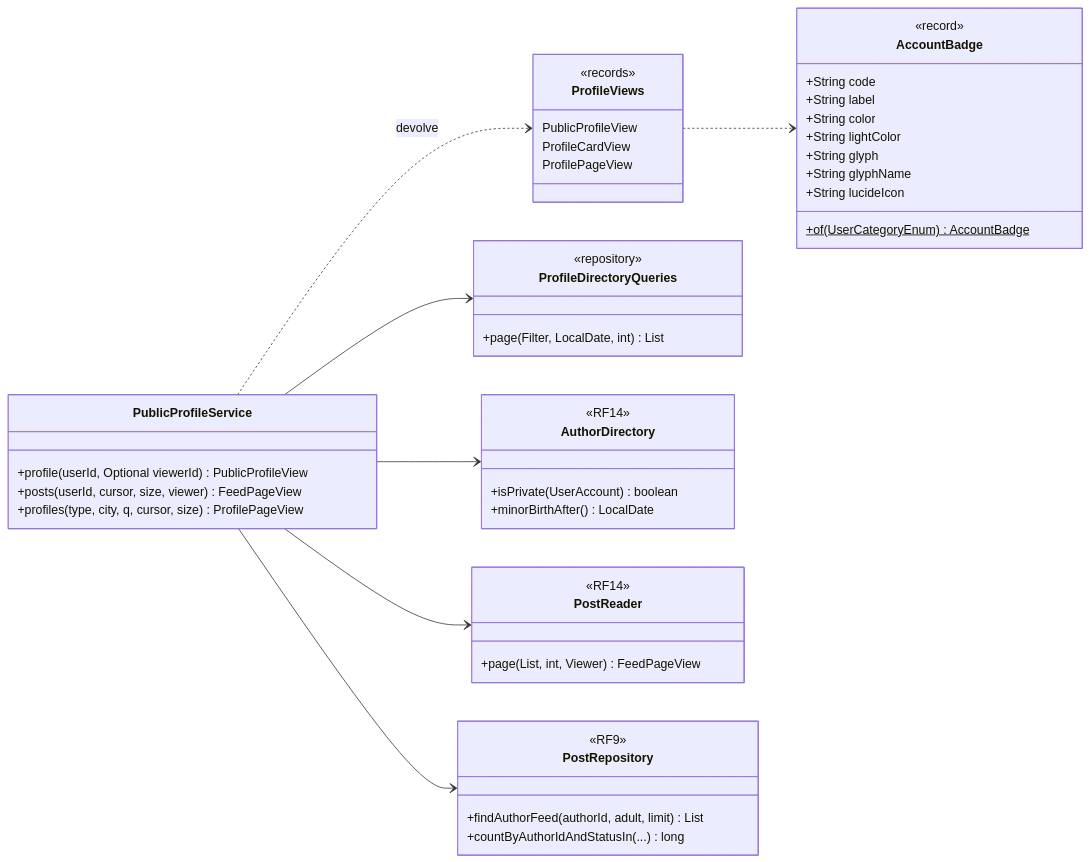
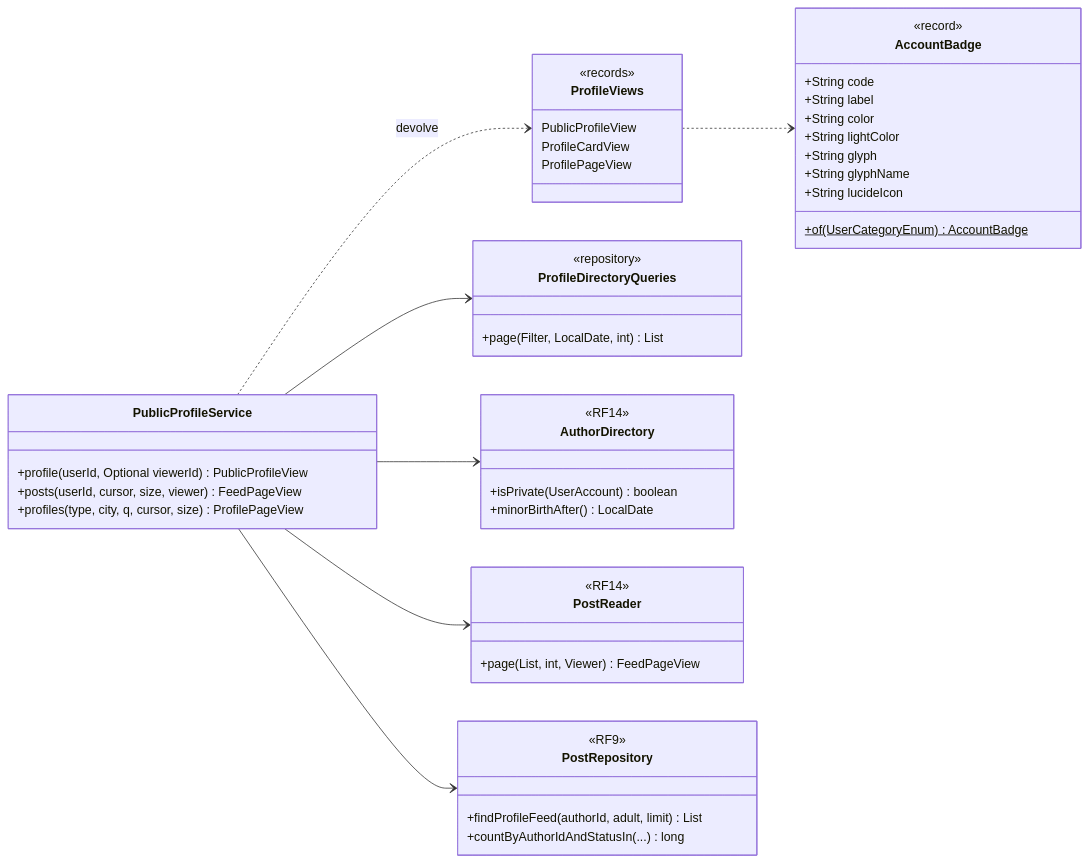
The diagram in docs/RF15/classes.md (MatheusHaliski/Friendly-Eats), drawn with Mermaid before and after one commit. The commit also changed 4 other files, not shown here.

````diff
--- a/docs/RF15/classes.md
+++ b/docs/RF15/classes.md
@@ -3,50 +3,50 @@
 ```mermaid
 classDiagram
     direction LR
     class PublicProfileService {
         +profile(userId, Optional viewerId) PublicProfileView
         +posts(userId, cursor, size, viewer) FeedPageView
         +profiles(type, city, q, cursor, size) ProfilePageView
     }
     class AccountBadge {
         <<record>>
         +String code
         +String label
         +String color
         +String lightColor
         +String glyph
         +String glyphName
         +String lucideIcon
         +of(UserCategoryEnum)$ AccountBadge
     }
     class ProfileViews {
         <<records>>
         PublicProfileView
         ProfileCardView
         ProfilePageView
     }
     class ProfileDirectoryQueries {
         <<repository>>
         +page(Filter, LocalDate, int) List
     }
     class AuthorDirectory {
         <<RF14>>
         +isPrivate(UserAccount) boolean
         +minorBirthAfter() LocalDate
     }
     class PostReader {
         <<RF14>>
         +page(List, int, Viewer) FeedPageView
     }
     class PostRepository {
         <<RF9>>
-        +findAuthorFeed(authorId, adult, limit) List
+        +findProfileFeed(authorId, adult, limit) List
         +countByAuthorIdAndStatusIn(...) long
     }
     PublicProfileService --> ProfileDirectoryQueries
     PublicProfileService --> AuthorDirectory
     PublicProfileService --> PostReader
     PublicProfileService --> PostRepository
     PublicProfileService ..> ProfileViews : devolve
     ProfileViews ..> AccountBadge
 ```
````
